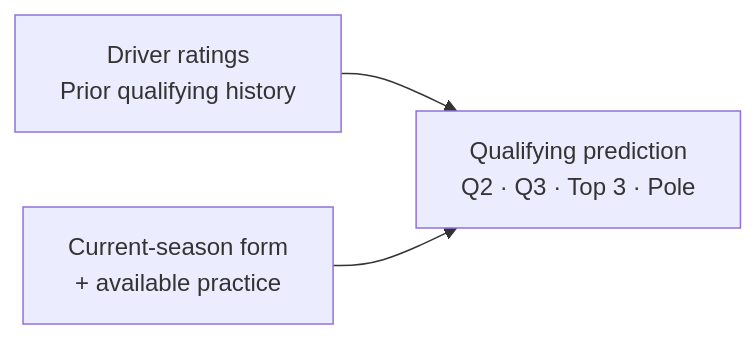
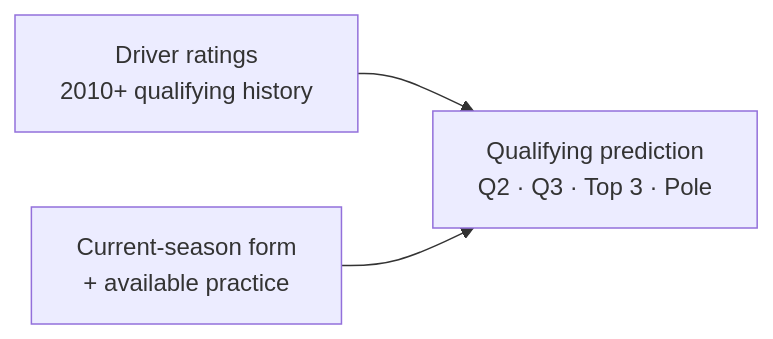
One commit to Sixian-Li/f1-quali changed the diagram in README.md. Above: the diagram before and after it, drawn with Mermaid. The commit also changed other lines of this file and 40 other files, not shown here.

````diff
--- a/README.md
+++ b/README.md
@@ -53,5 +56,5 @@
 ```mermaid
 flowchart LR
-    R["Driver ratings<br/>Prior qualifying history"] --> P["Qualifying prediction<br/>Q2 · Q3 · Top 3 · Pole"]
+    R["Driver ratings<br/>2010+ qualifying history"] --> P["Qualifying prediction<br/>Q2 · Q3 · Top 3 · Pole"]
     S["Current-season form<br/>+ available practice"] --> P
 ```
````
